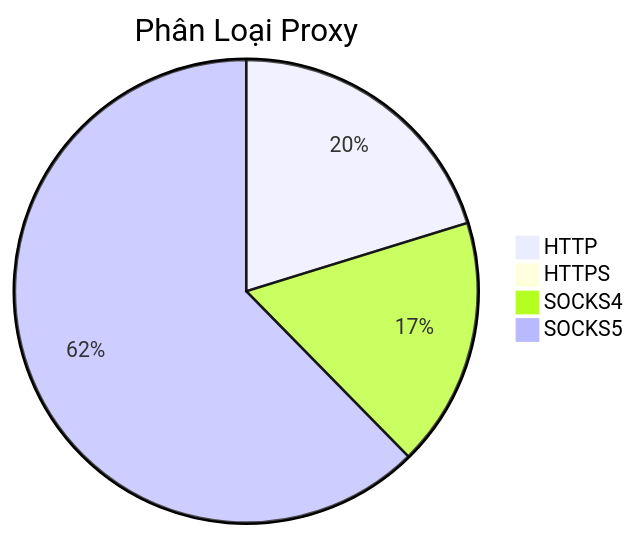
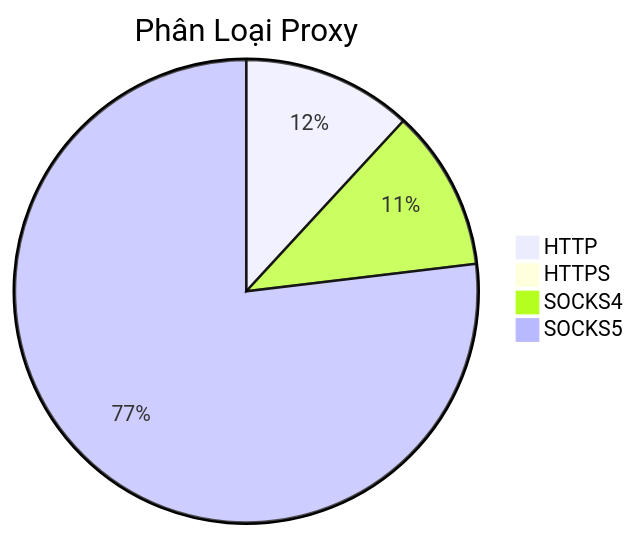
One commit to Ciara-Aa/PROXY-free changed the diagram in README.md. Above: the diagram before and after it, drawn with Mermaid. The commit also changed other lines of this file and 4 other files, not shown here.

````diff
--- a/README.md
+++ b/README.md
@@ -26,7 +26,7 @@
 ```mermaid
 pie title Phân Loại Proxy
-    "HTTP" : 231
-    "HTTPS" : 1
-    "SOCKS4" : 199
-    "SOCKS5" : 712
+    "HTTP" : 218
+    "HTTPS" : 3
+    "SOCKS4" : 207
+    "SOCKS5" : 1414
 ```
````
